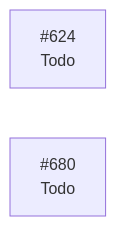
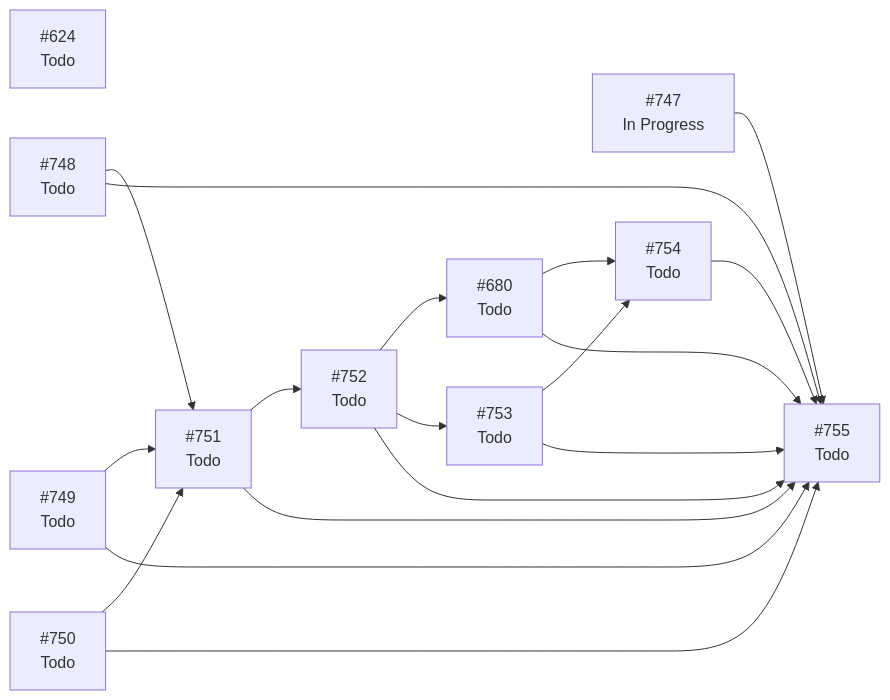
The diagram in docs/planning/STATUS.md (ecamp0s/evault), drawn with Mermaid before and after one commit. The commit also changed other lines of this file and 1 other file, not shown here.

````diff
--- a/docs/planning/STATUS.md
+++ b/docs/planning/STATUS.md
@@ -73,6 +98,32 @@
 ```mermaid
 graph LR
   I624["#624<br/>Todo"]
   I680["#680<br/>Todo"]
+  I747["#747<br/>In Progress"]
+  I748["#748<br/>Todo"]
+  I749["#749<br/>Todo"]
+  I750["#750<br/>Todo"]
+  I751["#751<br/>Todo"]
+  I752["#752<br/>Todo"]
+  I753["#753<br/>Todo"]
+  I754["#754<br/>Todo"]
+  I755["#755<br/>Todo"]
+  I680 --> I754
+  I680 --> I755
+  I747 --> I755
+  I748 --> I751
+  I748 --> I755
+  I749 --> I751
+  I749 --> I755
+  I750 --> I751
+  I750 --> I755
+  I751 --> I752
+  I751 --> I755
+  I752 --> I680
+  I752 --> I753
+  I752 --> I755
+  I753 --> I754
+  I753 --> I755
+  I754 --> I755
   classDef hecho fill:#1a7f37,stroke:#1a7f37,color:#fff;
 ```
````
